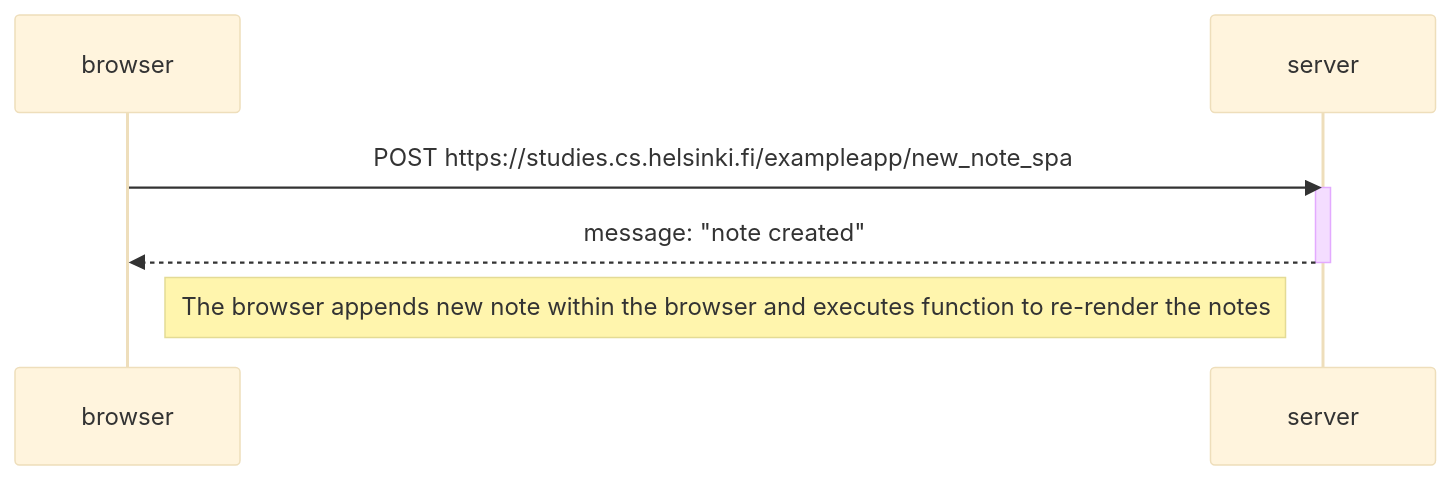
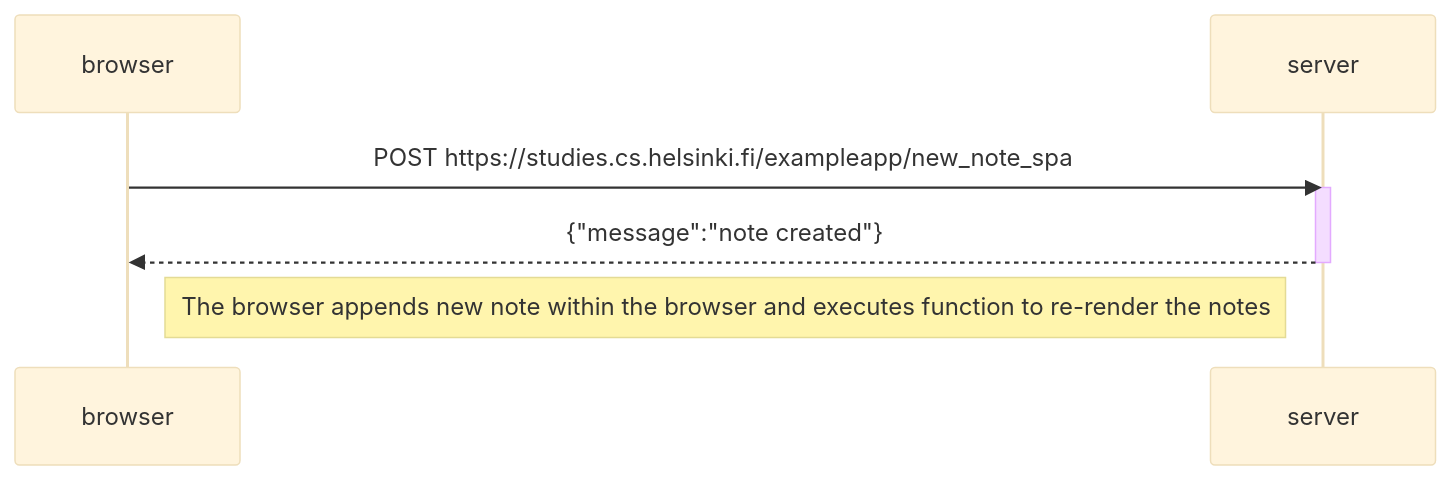
Before and after one commit to 834N5/fso2023: the diagram in part0/0.6.md, drawn with Mermaid (base theme). The commit also changed 2 other files, not shown here.

````diff
--- a/part0/0.6.md
+++ b/part0/0.6.md
@@ -1,12 +1,12 @@
 ```mermaid
 	sequenceDiagram
 		participant browser
 		participant server
 
 		browser->>server: POST https://studies.cs.helsinki.fi/exampleapp/new_note_spa
 		activate server
-		server-->>browser: message: "note created"
+		server-->>browser: {"message":"note created"}
 		deactivate server
 
 		Note right of browser: The browser appends new note within the browser and executes function to re-render the notes
 ```
````
